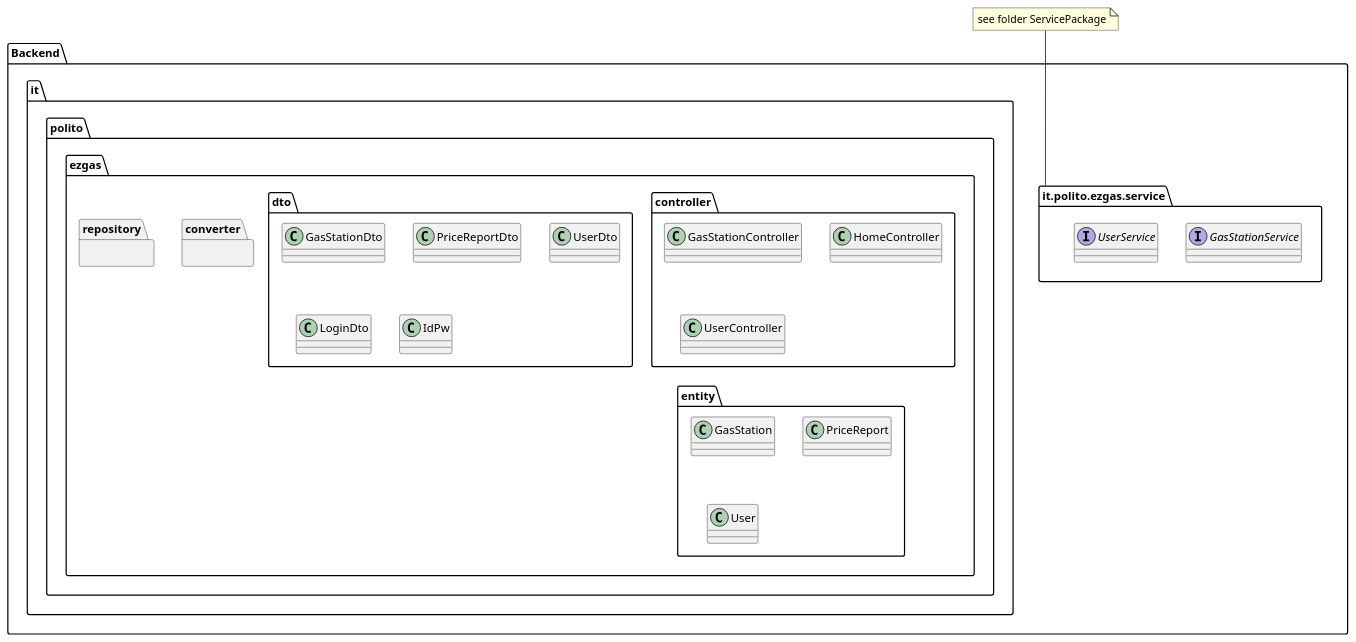
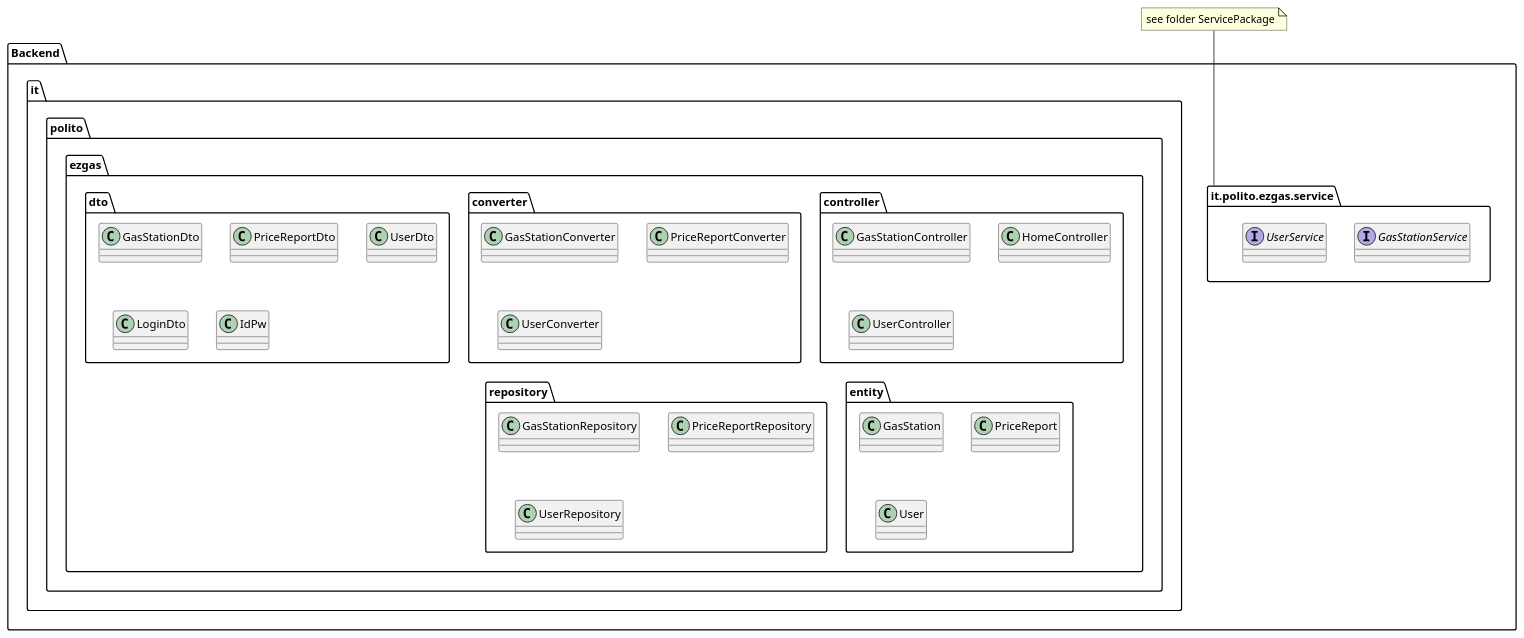
One commit to s269731/Ezgas-SE1 changed the third of 4 diagrams in docs/DesignDocument.md. Above: the diagram before and after it, drawn with PlantUML. The commit also changed other lines of this file, not shown here.

Commit message:
docs: modified DesignDocument. Low level: defined service, converter and repository classes and connections for UML diagram

````diff
--- a/docs/DesignDocument.md
+++ b/docs/DesignDocument.md
@@ -107,44 +107,47 @@
 ```plantuml
 @startuml
 package "Backend" {
 
 package "it.polito.ezgas.service"  as ps {
     interface "GasStationService"
     interface "UserService"
 } 
 
 
 package "it.polito.ezgas.controller" {
     class "GasStationController"
     class "HomeController"
     class "UserController"
 }
 
 package "it.polito.ezgas.converter" {
-
+    class "GasStationConverter"
+    class "PriceReportConverter"
+    class "UserConverter"
 }
 
 package "it.polito.ezgas.dto" {
     class "GasStationDto"
     class "PriceReportDto"
     class "UserDto"
     class "LoginDto"
     class "IdPw"
-
 }
 
 package "it.polito.ezgas.entity" {
     class "GasStation"
     class "PriceReport"
     class "User"
 }
 
 package "it.polito.ezgas.repository" {
-
+    class "GasStationRepository"
+    class "PriceReportRepository"
+    class "UserRepository"
 }
 
     
 }
 note "see folder ServicePackage" as n
 n -- ps
 ```
````
